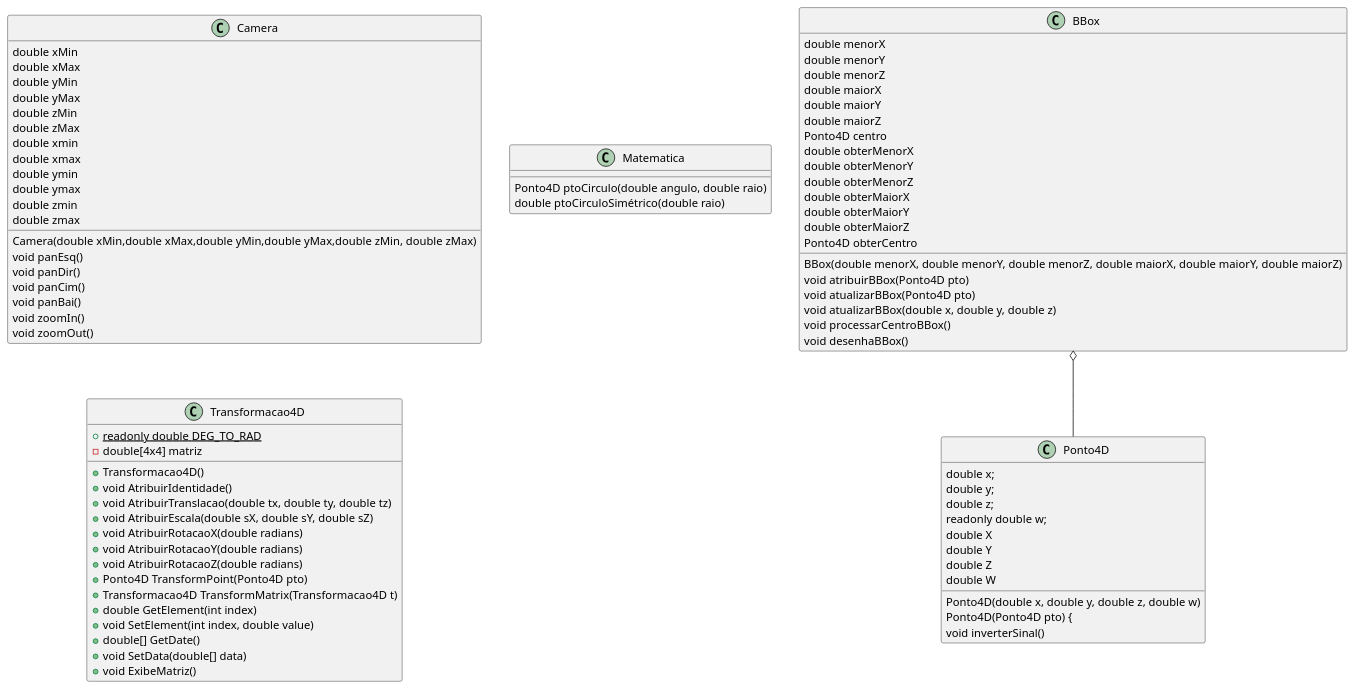
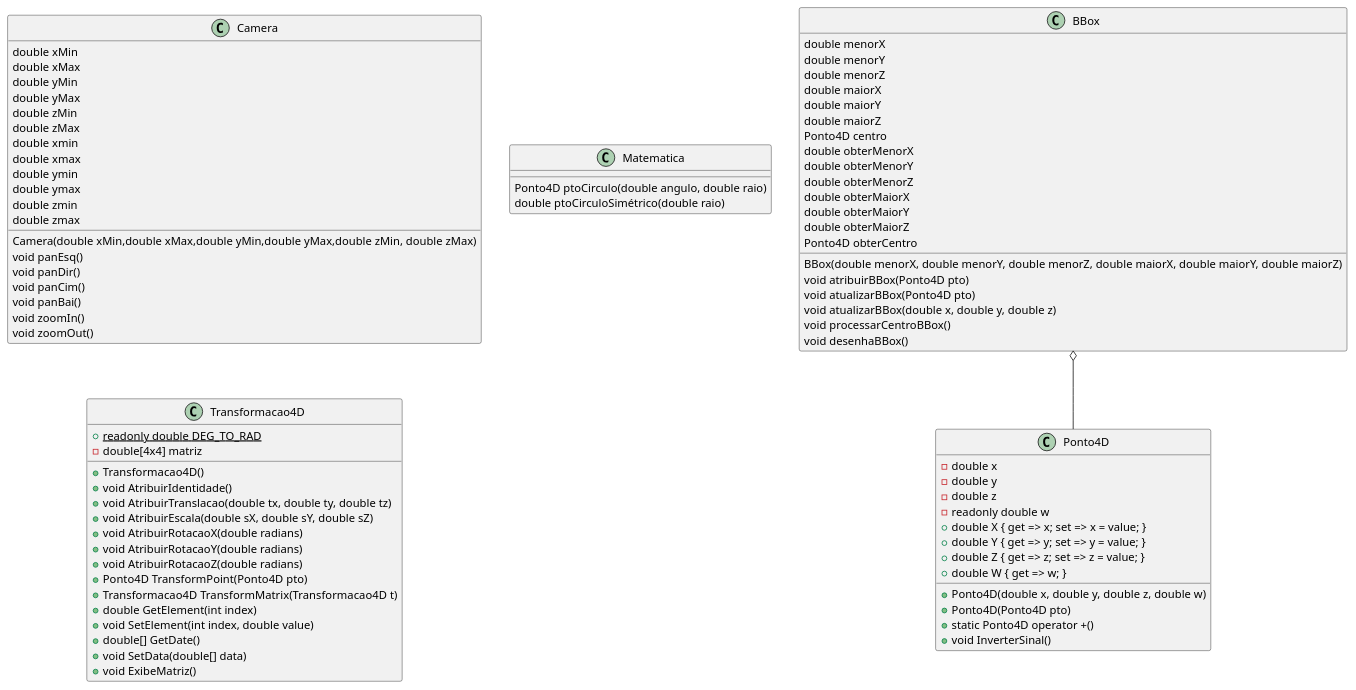
The diagram in CG_Biblioteca/docs/umlClasses.wsd (gustavospiess/gcg-cg), drawn with PlantUML before and after one commit. The commit also changed 1 other file, not shown here.

```diff
--- a/CG_Biblioteca/docs/umlClasses.wsd
+++ b/CG_Biblioteca/docs/umlClasses.wsd
@@ -2,77 +2,78 @@
 @startuml CG_Biblioteca
 
 BBox : double menorX
 BBox : double menorY
 BBox : double menorZ
 BBox : double maiorX
 BBox : double maiorY
 BBox : double maiorZ
 BBox : Ponto4D centro
 BBox : BBox(double menorX, double menorY, double menorZ, double maiorX, double maiorY, double maiorZ)
 BBox : void atribuirBBox(Ponto4D pto)	
 BBox : void atualizarBBox(Ponto4D pto)
 BBox : void atualizarBBox(double x, double y, double z)
 BBox : void processarCentroBBox()
 BBox : void desenhaBBox()
 BBox : double obterMenorX
 BBox : double obterMenorY
 BBox : double obterMenorZ
 BBox : double obterMaiorX
 BBox : double obterMaiorY
 BBox : double obterMaiorZ
 BBox : Ponto4D obterCentro
 BBox o-- Ponto4D
 
 Camera : double xMin
 Camera : double xMax
 Camera : double yMin
 Camera : double yMax
 Camera : double zMin
 Camera : double zMax
 Camera : Camera(double xMin,double xMax,double yMin,double yMax,double zMin, double zMax)
 Camera : double xmin
 Camera : double xmax
 Camera : double ymin
 Camera : double ymax
 Camera : double zmin
 Camera : double zmax
 Camera : void panEsq()
 Camera : void panDir()
 Camera : void panCim()
 Camera : void panBai()
 Camera : void zoomIn()
 Camera : void zoomOut()
 
 Matematica : Ponto4D ptoCirculo(double angulo, double raio)
 Matematica : double ptoCirculoSimétrico(double raio)
 
-Ponto4D : double x;
-Ponto4D : double y;
-Ponto4D : double z;
-Ponto4D : readonly double w;
-Ponto4D : Ponto4D(double x, double y, double z, double w)
-Ponto4D : Ponto4D(Ponto4D pto) {
-Ponto4D : double X
-Ponto4D : double Y
-Ponto4D : double Z
-Ponto4D : double W
-Ponto4D : void inverterSinal()
+Ponto4D : - double x
+Ponto4D : - double y
+Ponto4D : - double z
+Ponto4D : - readonly double w
+Ponto4D : + Ponto4D(double x, double y, double z, double w)
+Ponto4D : + Ponto4D(Ponto4D pto)
+Ponto4D : + static Ponto4D operator +()
+Ponto4D : + double X { get => x; set => x = value; }
+Ponto4D : + double Y { get => y; set => y = value; }
+Ponto4D : + double Z { get => z; set => z = value; }
+Ponto4D : + double W { get => w; }
+Ponto4D : + void InverterSinal()
 
 Transformacao4D : {static} + readonly double DEG_TO_RAD
 Transformacao4D : -double[4x4] matriz
 Transformacao4D : +Transformacao4D()
 Transformacao4D : +void AtribuirIdentidade()
 Transformacao4D : +void AtribuirTranslacao(double tx, double ty, double tz)
 Transformacao4D : +void AtribuirEscala(double sX, double sY, double sZ)
 Transformacao4D : +void AtribuirRotacaoX(double radians)
 Transformacao4D : +void AtribuirRotacaoY(double radians)
 Transformacao4D : +void AtribuirRotacaoZ(double radians)
 Transformacao4D : +Ponto4D TransformPoint(Ponto4D pto)
 Transformacao4D : +Transformacao4D TransformMatrix(Transformacao4D t)
 Transformacao4D : +double GetElement(int index)
 Transformacao4D : +void SetElement(int index, double value)
 Transformacao4D : +double[] GetDate()
 Transformacao4D : +void SetData(double[] data)
 Transformacao4D : +void ExibeMatriz()
 
 @enduml
```
